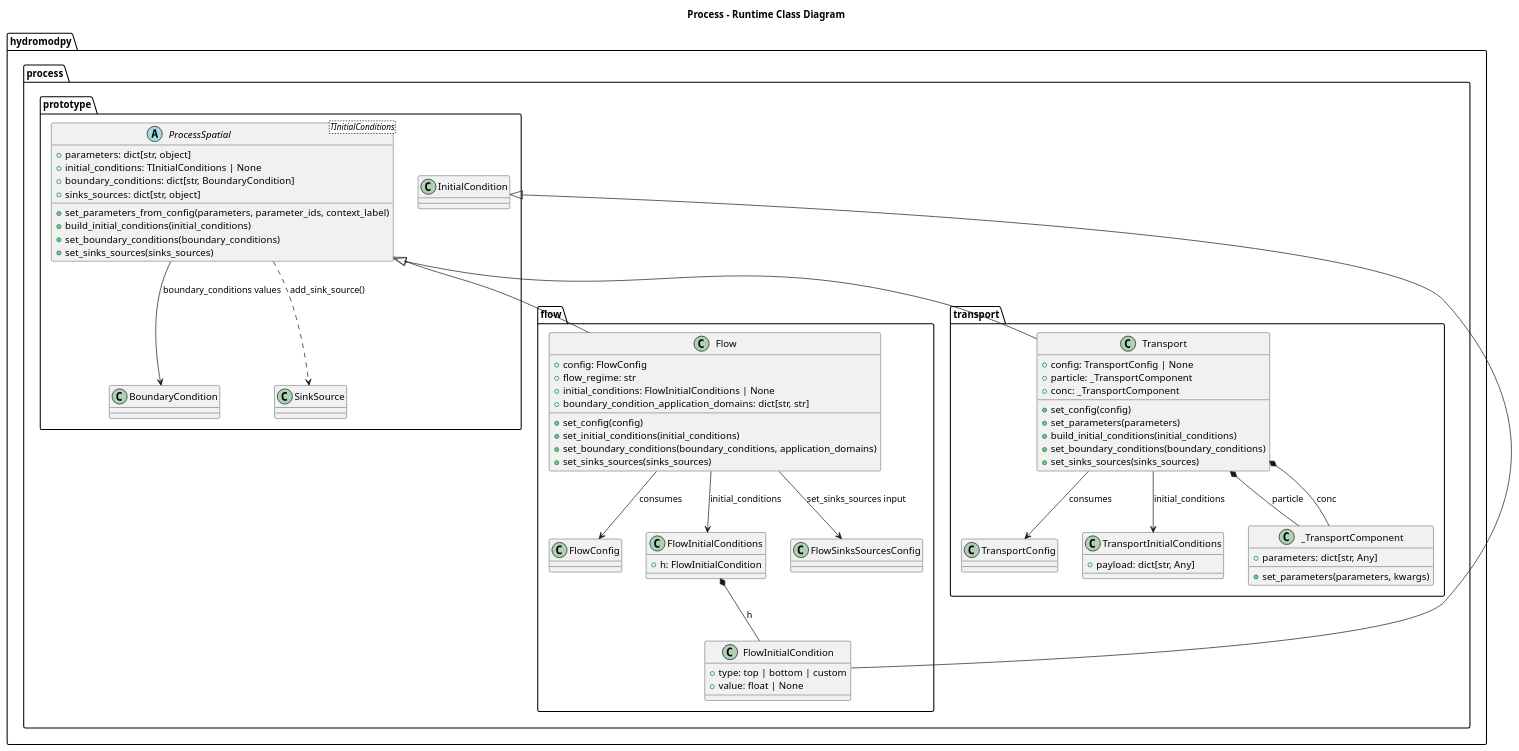
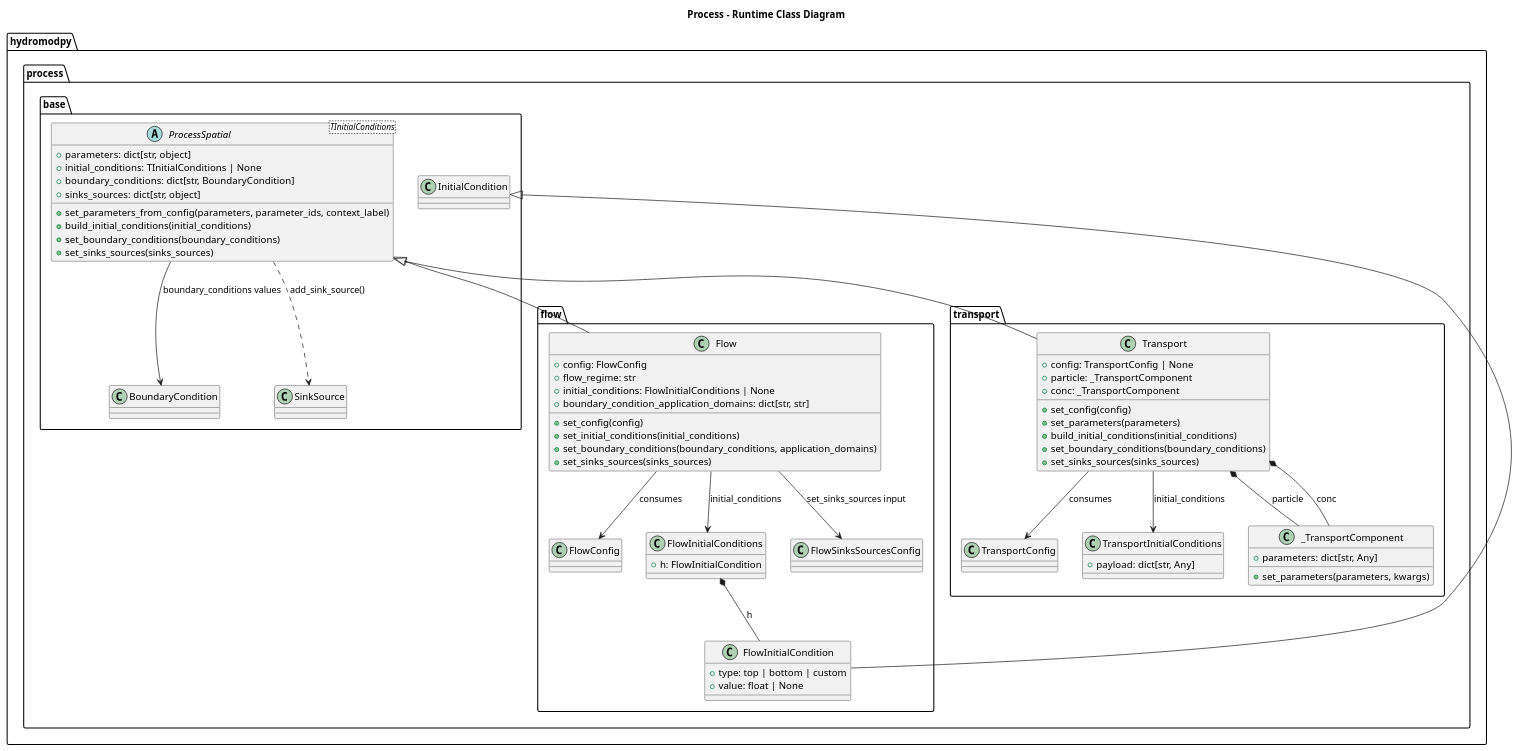
The diagram in docs/readthedocs/source/architecture/process/diagrams/process_runtime_class.wsd (HydroModPy/HydroModPy), drawn with PlantUML before and after one commit. The commit also changed 1 other file, not shown here.

Commit message:
[docs] - update package name in class diagrams

```diff
--- a/docs/readthedocs/source/architecture/process/diagrams/process_runtime_class.wsd
+++ b/docs/readthedocs/source/architecture/process/diagrams/process_runtime_class.wsd
@@ -1,83 +1,83 @@
 @startuml
 title Process - Runtime Class Diagram
 
-package "hydromodpy.process.prototype" {
+package "hydromodpy.process.base" {
   abstract class "ProcessSpatial<TInitialConditions>" as ProcessSpatialT {
     +parameters: dict[str, object]
     +initial_conditions: TInitialConditions | None
     +boundary_conditions: dict[str, BoundaryCondition]
     +sinks_sources: dict[str, object]
     +set_parameters_from_config(parameters, parameter_ids, context_label)
     +build_initial_conditions(initial_conditions)
     +set_boundary_conditions(boundary_conditions)
     +set_sinks_sources(sinks_sources)
   }
 
   class InitialCondition
   class BoundaryCondition
   class SinkSource
 }
 
 package "hydromodpy.process.flow" {
   class Flow {
     +config: FlowConfig
     +flow_regime: str
     +initial_conditions: FlowInitialConditions | None
     +boundary_condition_application_domains: dict[str, str]
     +set_config(config)
     +set_initial_conditions(initial_conditions)
     +set_boundary_conditions(boundary_conditions, application_domains)
     +set_sinks_sources(sinks_sources)
   }
 
   class FlowConfig
   class FlowInitialCondition {
     +type: top | bottom | custom
     +value: float | None
   }
   class FlowInitialConditions {
     +h: FlowInitialCondition
   }
   class FlowSinksSourcesConfig
 }
 
 package "hydromodpy.process.transport" {
   class Transport {
     +config: TransportConfig | None
     +particle: _TransportComponent
     +conc: _TransportComponent
     +set_config(config)
     +set_parameters(parameters)
     +build_initial_conditions(initial_conditions)
     +set_boundary_conditions(boundary_conditions)
     +set_sinks_sources(sinks_sources)
   }
 
   class TransportConfig
   class TransportInitialConditions {
     +payload: dict[str, Any]
   }
   class _TransportComponent {
     +parameters: dict[str, Any]
     +set_parameters(parameters, kwargs)
   }
 }
 
 ProcessSpatialT <|-- Flow
 ProcessSpatialT <|-- Transport
 
 Flow --> FlowConfig : consumes
 Transport --> TransportConfig : consumes
 
 InitialCondition <|-- FlowInitialCondition
 FlowInitialConditions *-- FlowInitialCondition : h
 Flow --> FlowInitialConditions : initial_conditions
 Transport --> TransportInitialConditions : initial_conditions
 
 ProcessSpatialT --> BoundaryCondition : boundary_conditions values
 ProcessSpatialT ..> SinkSource : add_sink_source()
 
 Transport *-- _TransportComponent : particle
 Transport *-- _TransportComponent : conc
 Flow --> FlowSinksSourcesConfig : set_sinks_sources input
 @enduml
```
